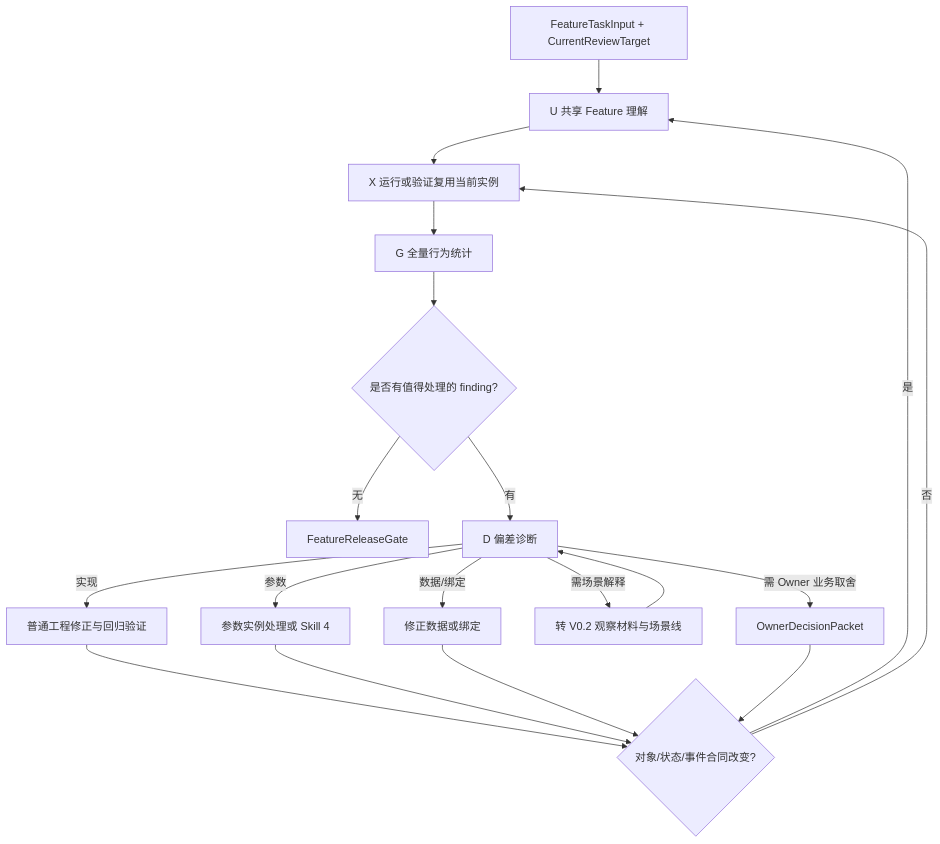
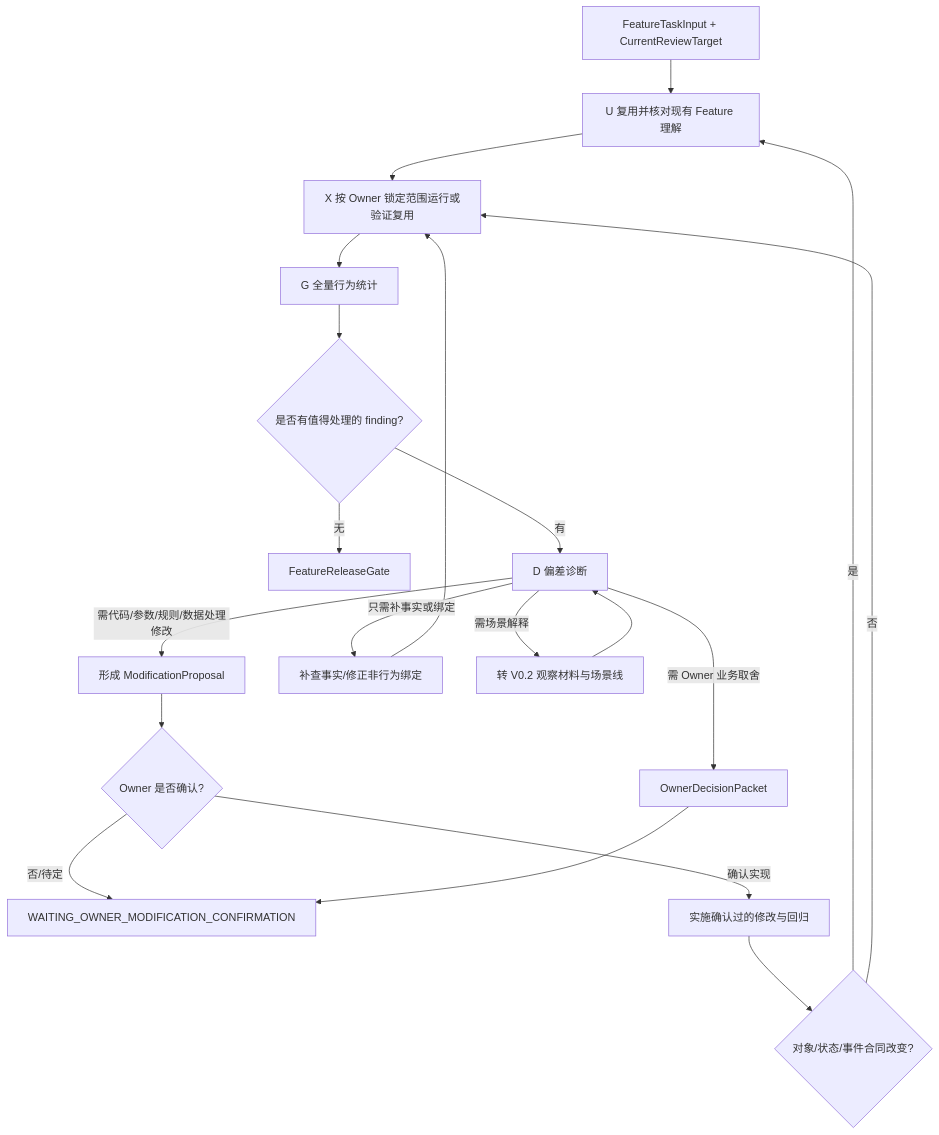
Before and after one commit to daowei2026/observe-iterate: the diagram in control-v0.3/01_L0_统计驱动的单特征闭环.md, drawn with Mermaid. The commit also changed other lines of this file and 6 other files, not shown here.

Commit message:
fix: lock owner scopes and require change confirmation

````diff
--- a/control-v0.3/01_L0_统计驱动的单特征闭环.md
+++ b/control-v0.3/01_L0_统计驱动的单特征闭环.md
@@ -5,21 +5,22 @@
 ```mermaid
 flowchart TD
-  I[FeatureTaskInput + CurrentReviewTarget] --> U[U 共享 Feature 理解]
-  U --> X[X 运行或验证复用当前实例]
+  I[FeatureTaskInput + CurrentReviewTarget] --> U[U 复用并核对现有 Feature 理解]
+  U --> X[X 按 Owner 锁定范围运行或验证复用]
   X --> G[G 全量行为统计]
   G --> Q{是否有值得处理的 finding?}
   Q -->|无| R[FeatureReleaseGate]
   Q -->|有| D[D 偏差诊断]
-  D -->|实现| FI[普通工程修正与回归验证]
-  D -->|参数| P[参数实例处理或 Skill 4]
-  D -->|数据/绑定| F[修正数据或绑定]
+  D -->|需代码/参数/规则/数据处理修改| MP[形成 ModificationProposal]
+  MP --> A{Owner 是否确认?}
+  A -->|否/待定| W[WAITING_OWNER_MODIFICATION_CONFIRMATION]
+  A -->|确认实现| FI[实施确认过的修改与回归]
+  FI --> C{对象/状态/事件合同改变?}
+  C -->|是| U
+  C -->|否| X
+  D -->|只需补事实或绑定| F[补查事实/修正非行为绑定]
+  F --> X
   D -->|需场景解释| S[转 V0.2 观察材料与场景线]
   D -->|需 Owner 业务取舍| O[OwnerDecisionPacket]
-  FI --> C{对象/状态/事件合同改变?}
-  P --> C
-  F --> C
-  O --> C
-  C -->|是| U
-  C -->|否| X
+  O --> W
   S --> D
 ```
````
